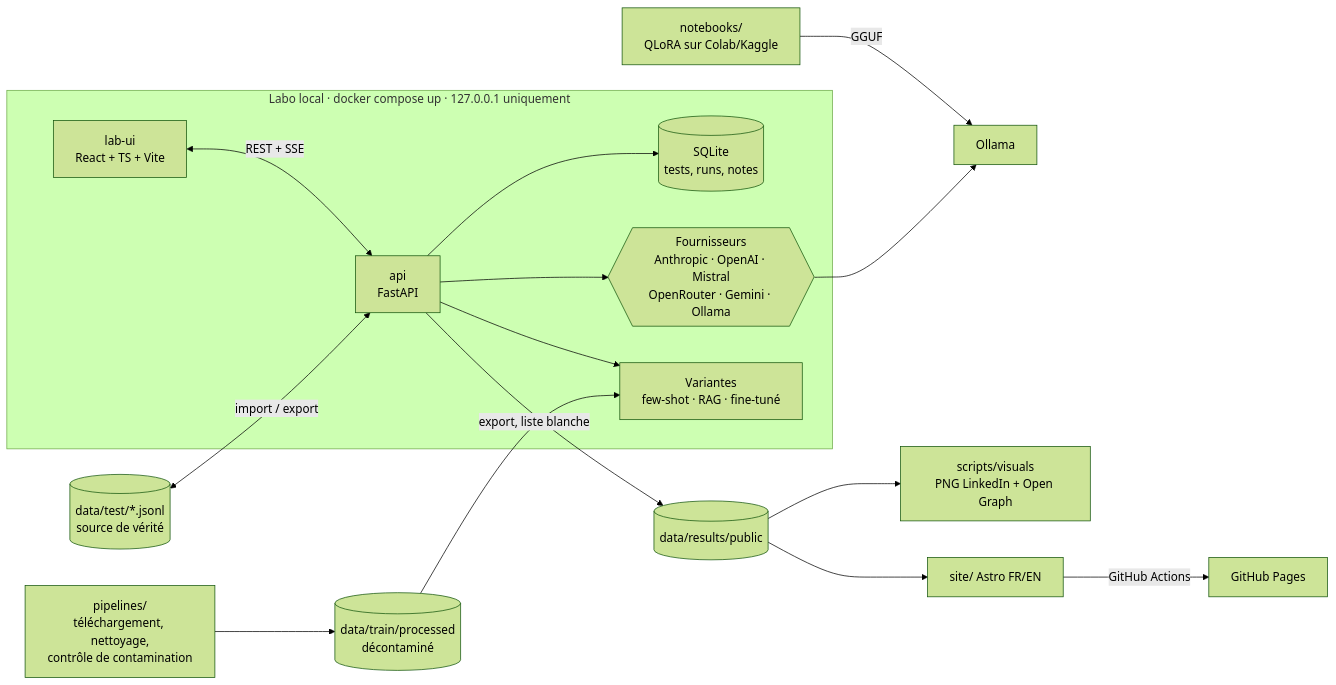
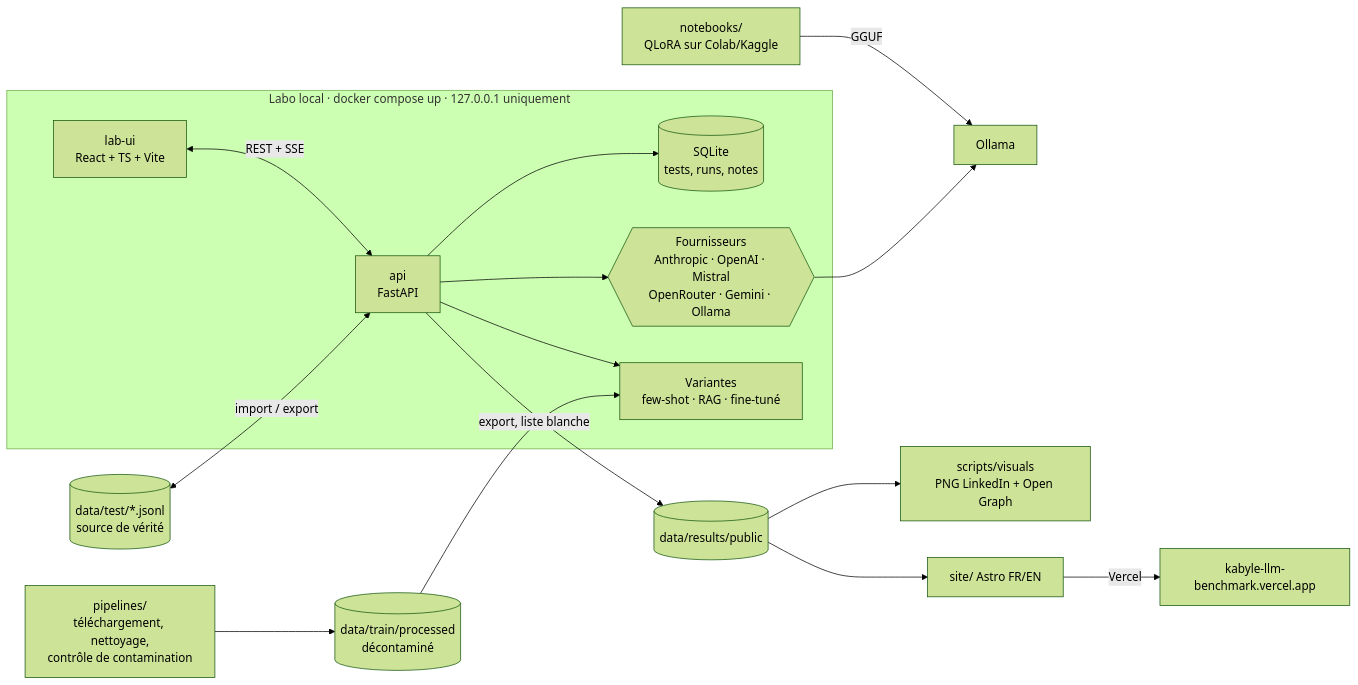
Before and after one commit to hasdaouiryma16-cmd/kabyle-llm-benchmark: the diagram in README.md, drawn with Mermaid (forest theme). The commit also changed other lines of this file and 9 other files, not shown here.

First line of the commit message:
Site : interface pensée pour un benchmark

````diff
--- a/README.md
+++ b/README.md
@@ -45,17 +45,17 @@
 ```mermaid
 flowchart LR
   subgraph LAB["Labo local · docker compose up · 127.0.0.1 uniquement"]
     UI["lab-ui<br/>React + TS + Vite"] <-->|"REST + SSE"| API["api<br/>FastAPI"]
     API --> DB[("SQLite<br/>tests, runs, notes")]
     API --> P{{"Fournisseurs<br/>Anthropic · OpenAI · Mistral<br/>OpenRouter · Gemini · Ollama"}}
     API --> V["Variantes<br/>few-shot · RAG · fine-tuné"]
   end
   T[("data/test/*.jsonl<br/>source de vérité")] <-->|"import / export"| API
   TR[("data/train/processed<br/>décontaminé")] --> V
   PIPE["pipelines/<br/>téléchargement, nettoyage,<br/>contrôle de contamination"] --> TR
   NB["notebooks/<br/>QLoRA sur Colab/Kaggle"] -->|"GGUF"| OL["Ollama"]
   P --> OL
   API -->|"export, liste blanche"| R[("data/results/public")]
   R --> VIS["scripts/visuals<br/>PNG LinkedIn + Open Graph"]
-  R --> S["site/ Astro FR/EN"] -->|"GitHub Actions"| GP["GitHub Pages"]
+  R --> S["site/ Astro FR/EN"] -->|"Vercel"| GP["kabyle-llm-benchmark.vercel.app"]
 ```
````
